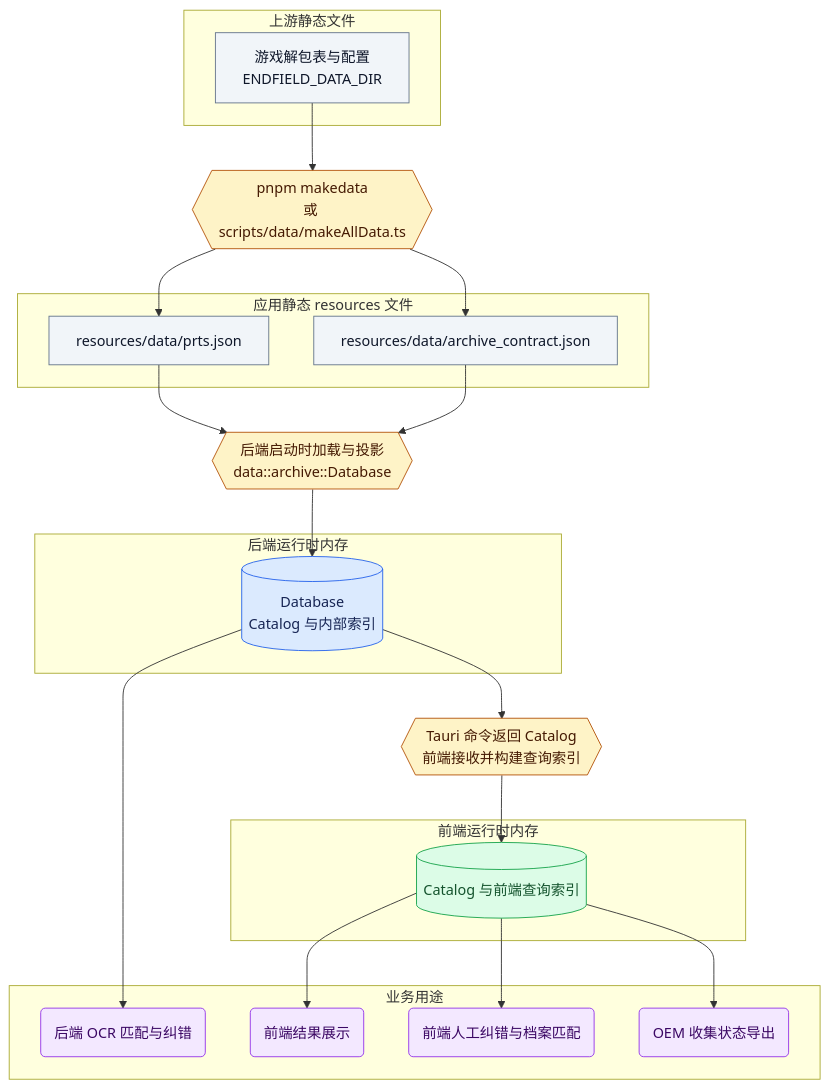
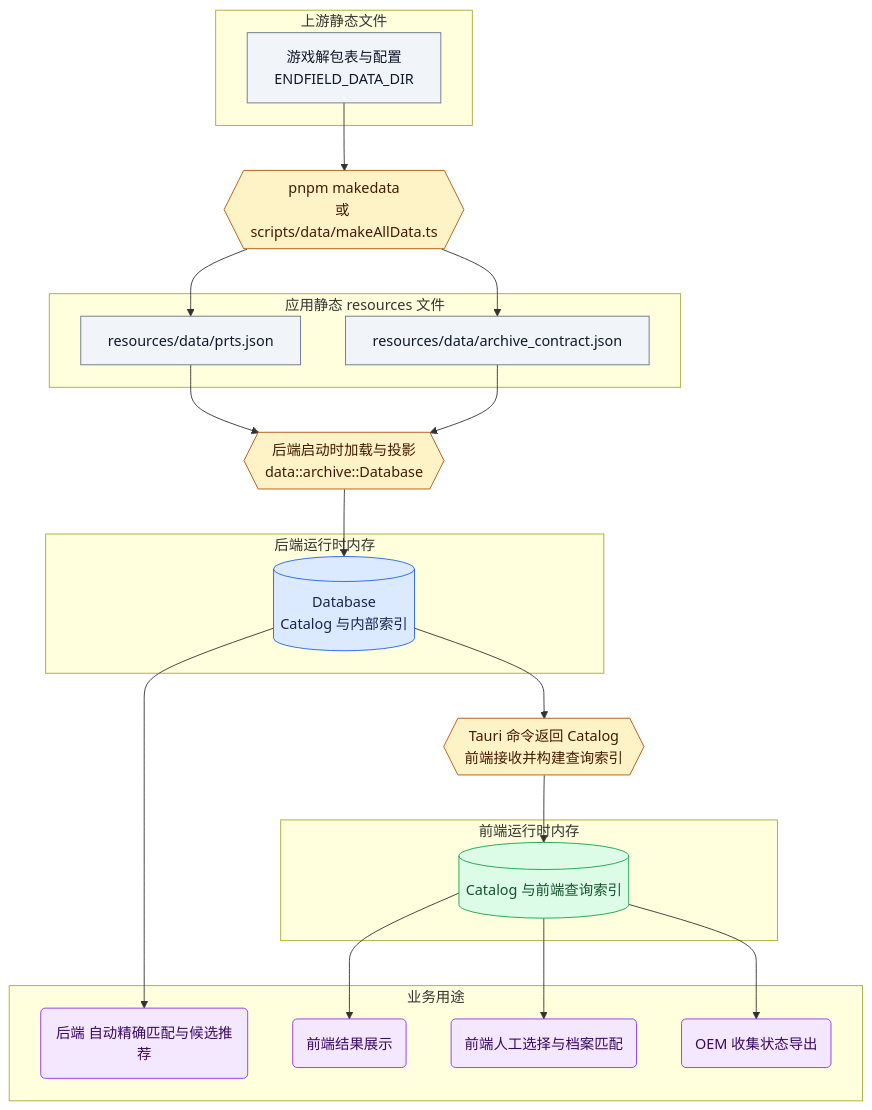
One commit to Logical-Byte/open-endfield-assistant changed the first of 2 diagrams in docs/data-pipeline.md. Above: the diagram before and after it, drawn with Mermaid. The commit also changed other lines of this file and 39 other files, not shown here.

````diff
--- a/docs/data-pipeline.md
+++ b/docs/data-pipeline.md
@@ -23,56 +25,56 @@
 ```mermaid
 flowchart TB
     subgraph source[上游静态文件]
         unpacked["游戏解包表与配置<br/>ENDFIELD_DATA_DIR"]
     end
 
     make{{"pnpm makedata<br/>或 scripts/data/makeAllData.ts"}}
 
     subgraph resources[应用静态 resources 文件]
         prts["resources/data/prts.json"]
         contract["resources/data/archive_contract.json"]
     end
 
     load{{"后端启动时加载与投影<br/>data::archive::Database"}}
 
     subgraph backend[后端运行时内存]
         db[("Database<br/>Catalog 与内部索引")]
     end
 
     ipc{{"Tauri 命令返回 Catalog<br/>前端接收并构建查询索引"}}
 
     subgraph frontend[前端运行时内存]
         catalog[("Catalog 与前端查询索引")]
     end
 
     subgraph usage[业务用途]
-        ocr("后端 OCR 匹配与纠错")
+        ocr("后端 自动精确匹配与候选推荐")
         view("前端结果展示")
-        correction("前端人工纠错与档案匹配")
+        correction("前端人工选择与档案匹配")
         export("OEM 收集状态导出")
     end
 
     unpacked --> make
     make --> prts
     make --> contract
     prts --> load
     contract --> load
     load --> db
     db --> ocr
     db --> ipc
     ipc --> catalog
     catalog --> view
     catalog --> correction
     catalog --> export
 
     classDef file fill:#f1f5f9,stroke:#64748b,color:#0f172a
     classDef logic fill:#fef3c7,stroke:#b45309,color:#451a03
     classDef backmem fill:#dbeafe,stroke:#2563eb,color:#172554
     classDef frontmem fill:#dcfce7,stroke:#16a34a,color:#14532d
     classDef business fill:#f3e8ff,stroke:#9333ea,color:#3b0764
     class unpacked,prts,contract file
     class make,load,ipc logic
     class db backmem
     class catalog frontmem
     class ocr,view,correction,export business
 ```
````
